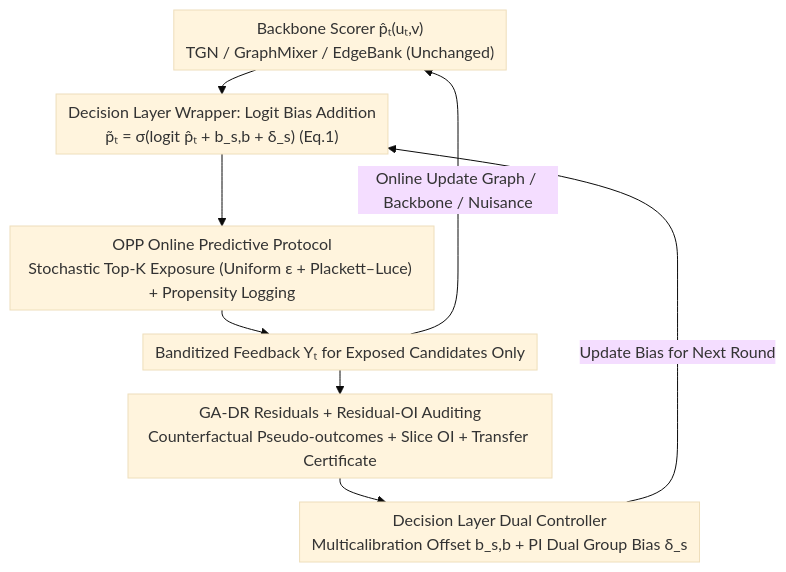
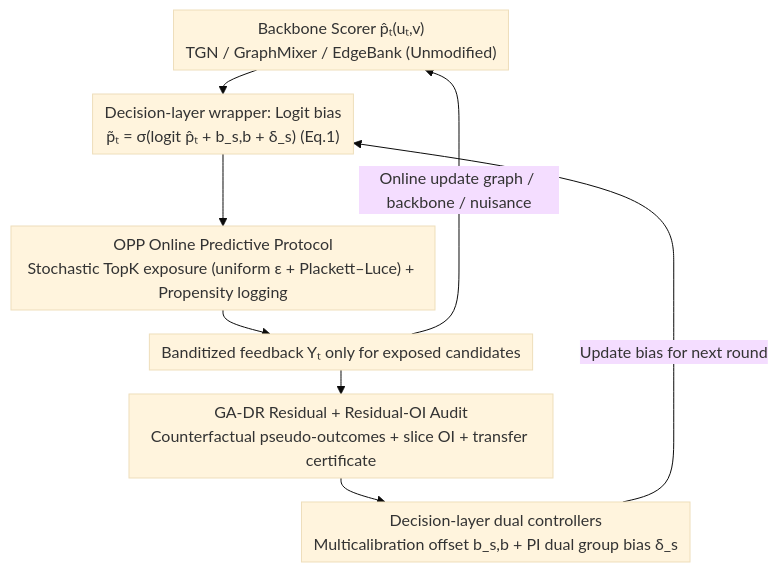
Before and after one commit to zhaoyang97/Paper-Notes-en: the diagram in docs/ICML2026/ai_safety/copf_an_online_framework_for_deployment-stable_counterfactual_fairness_in_evolvi.md, drawn with Mermaid (base theme). The commit also changed other lines of this file and 5084 other files, not shown here.

````diff
--- a/docs/ICML2026/ai_safety/copf_an_online_framework_for_deployment-stable_counterfactual_fairness_in_evolvi.md
+++ b/docs/ICML2026/ai_safety/copf_an_online_framework_for_deployment-stable_counterfactual_fairness_in_evolvi.md
@@ -44,11 +44,11 @@
 ```mermaid
 %%{init: {'flowchart': {'rankSpacing': 24, 'nodeSpacing': 28, 'padding': 6, 'wrappingWidth': 400}}}%%
 flowchart TD
-    BB["Backbone Scorer p̂ₜ(uₜ,v)<br/>TGN / GraphMixer / EdgeBank (Unchanged)"] --> OFF["Decision Layer Wrapper: Logit Bias Addition<br/>p̃ₜ = σ(logit p̂ₜ + b_s,b + δ_s) (Eq.1)"]
-    OFF --> OPP["OPP Online Predictive Protocol<br/>Stochastic Top-K Exposure (Uniform ε + Plackett–Luce) + Propensity Logging"]
-    OPP --> FB["Banditized Feedback Yₜ for Exposed Candidates Only"]
-    FB --> GADR["GA-DR Residuals + Residual-OI Auditing<br/>Counterfactual Pseudo-outcomes + Slice OI + Transfer Certificate"]
-    GADR --> CTRL["Decision Layer Dual Controller<br/>Multicalibration Offset b_s,b + PI Dual Group Bias δ_s"]
-    CTRL -->|"Update Bias for Next Round"| OFF
-    FB -->|"Online Update Graph / Backbone / Nuisance"| BB
+    BB["Backbone Scorer p̂ₜ(uₜ,v)<br/>TGN / GraphMixer / EdgeBank (Unmodified)"] --> OFF["Decision-layer wrapper: Logit bias<br/>p̃ₜ = σ(logit p̂ₜ + b_s,b + δ_s) (Eq.1)"]
+    OFF --> OPP["OPP Online Predictive Protocol<br/>Stochastic TopK exposure (uniform ε + Plackett–Luce) + Propensity logging"]
+    OPP --> FB["Banditized feedback Yₜ only for exposed candidates"]
+    FB --> GADR["GA-DR Residual + Residual-OI Audit<br/>Counterfactual pseudo-outcomes + slice OI + transfer certificate"]
+    GADR --> CTRL["Decision-layer dual controllers<br/>Multicalibration offset b_s,b + PI dual group bias δ_s"]
+    CTRL -->|"Update bias for next round"| OFF
+    FB -->|"Online update graph / backbone / nuisance"| BB
 ```
````
